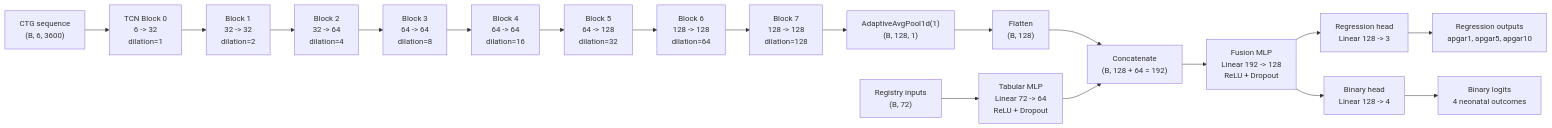
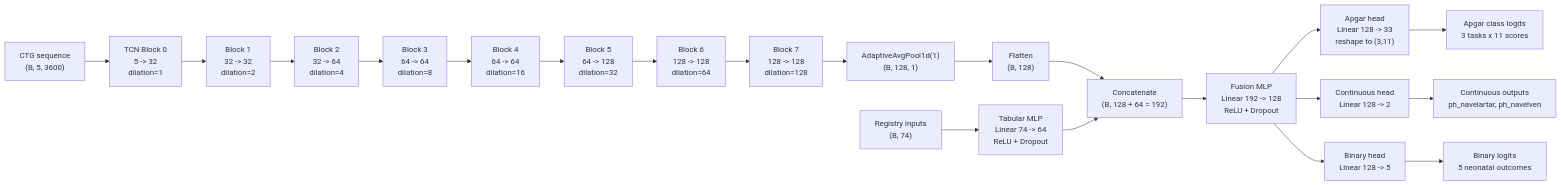
Before and after one commit to gforge/iCTG: the first of 2 diagrams in CTG_ML/docs/CTG2_MULTIMODAL_ARCHITECTURE.md, drawn with Mermaid. The commit also changed other lines of this file and 8 other files, not shown here.

````diff
--- a/CTG_ML/docs/CTG2_MULTIMODAL_ARCHITECTURE.md
+++ b/CTG_ML/docs/CTG2_MULTIMODAL_ARCHITECTURE.md
@@ -33,25 +36,27 @@
 ```mermaid
 flowchart LR
-    A["CTG sequence<br/>(B, 6, 3600)"] --> B0["TCN Block 0<br/>6 -> 32<br/>dilation=1"]
+    A["CTG sequence<br/>(B, 5, 3600)"] --> B0["TCN Block 0<br/>5 -> 32<br/>dilation=1"]
     B0 --> B1["Block 1<br/>32 -> 32<br/>dilation=2"]
     B1 --> B2["Block 2<br/>32 -> 64<br/>dilation=4"]
     B2 --> B3["Block 3<br/>64 -> 64<br/>dilation=8"]
     B3 --> B4["Block 4<br/>64 -> 64<br/>dilation=16"]
     B4 --> B5["Block 5<br/>64 -> 128<br/>dilation=32"]
     B5 --> B6["Block 6<br/>128 -> 128<br/>dilation=64"]
     B6 --> B7["Block 7<br/>128 -> 128<br/>dilation=128"]
     B7 --> P["AdaptiveAvgPool1d(1)<br/>(B, 128, 1)"]
     P --> F["Flatten<br/>(B, 128)"]
 
-    T["Registry inputs<br/>(B, 72)"] --> TE["Tabular MLP<br/>Linear 72 -> 64<br/>ReLU + Dropout"]
+    T["Registry inputs<br/>(B, 74)"] --> TE["Tabular MLP<br/>Linear 74 -> 64<br/>ReLU + Dropout"]
 
     F --> C["Concatenate<br/>(B, 128 + 64 = 192)"]
     TE --> C
 
     C --> FU["Fusion MLP<br/>Linear 192 -> 128<br/>ReLU + Dropout"]
-    FU --> RH["Regression head<br/>Linear 128 -> 3"]
-    FU --> BH["Binary head<br/>Linear 128 -> 4"]
+    FU --> AH["Apgar head<br/>Linear 128 -> 33<br/>reshape to (3,11)"]
+    FU --> RH["Continuous head<br/>Linear 128 -> 2"]
+    FU --> BH["Binary head<br/>Linear 128 -> 5"]
 
-    RH --> RO["Regression outputs<br/>apgar1, apgar5, apgar10"]
-    BH --> BO["Binary logits<br/>4 neonatal outcomes"]
+    AH --> AO["Apgar class logits<br/>3 tasks x 11 scores"]
+    RH --> RO["Continuous outputs<br/>ph_navelartar, ph_navelven"]
+    BH --> BO["Binary logits<br/>5 neonatal outcomes"]
 ```
````
